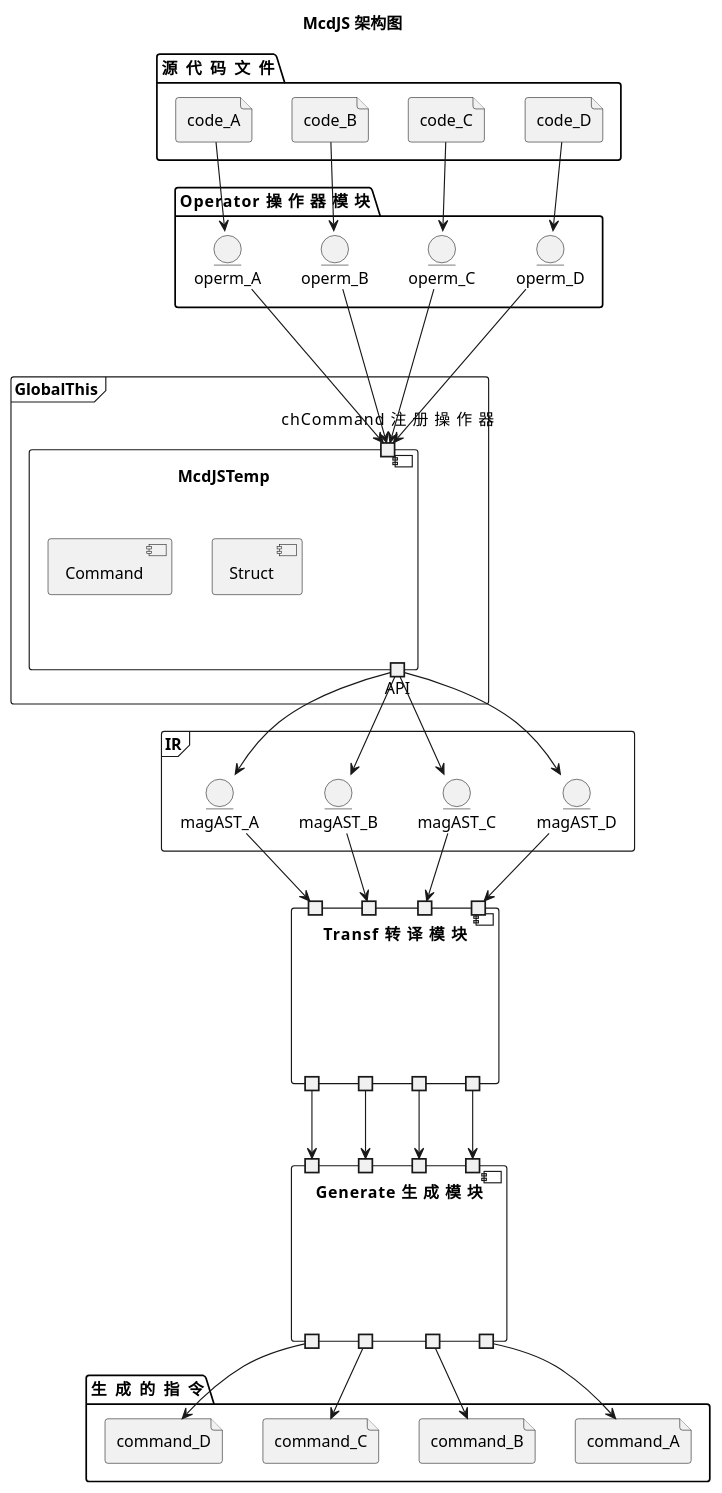
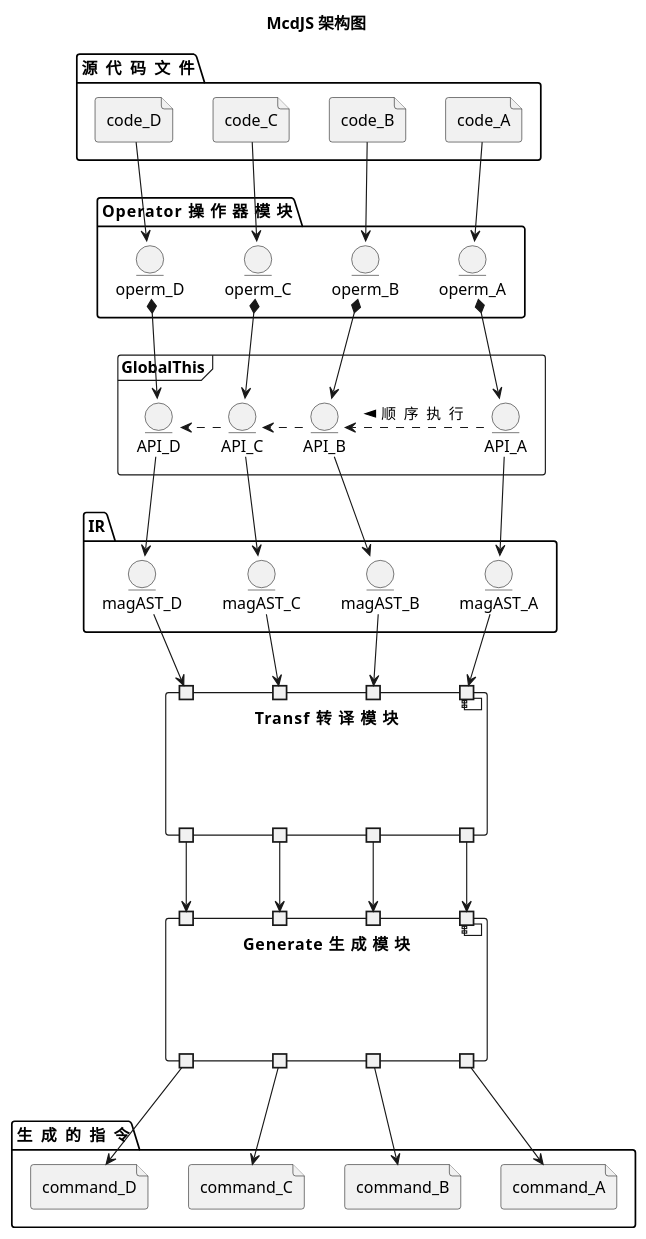
The diagram in packages/mcdjs/lib/arch.puml (n9gc/mcdjs), drawn with PlantUML before and after one commit. The commit also changed 23 other files, not shown here.

```diff
--- a/packages/mcdjs/lib/arch.puml
+++ b/packages/mcdjs/lib/arch.puml
@@ -1,79 +1,80 @@
 @startuml
 title "McdJS 架构图"
 folder "源  代  码  文  件" {
 	file code_D
 	file code_C
 	file code_B
 	file code_A
 }
 package "Operator 操  作  器  模  块" {
 	entity operm_D
 	entity operm_C
 	entity operm_B
 	entity operm_A
 }
 code_D --> operm_D
 code_C --> operm_C
 code_B --> operm_B
 code_A --> operm_A
 frame GlobalThis {
-	component "McdJSTemp" {
-		component Struct
-		component Command
-		portin "chCommand 注  册  操  作  器" as chCommand
-		portout API
-	}
+	entity API_D
+	entity API_C
+	entity API_B
+	entity API_A
+	API_C .> API_D
+	API_B .> API_C
+	API_A .> API_B : 顺  序  执  行 >
 }
-operm_D ---> chCommand
-operm_C ---> chCommand
-operm_B ---> chCommand
-operm_A ---> chCommand
-frame IR {
+operm_D *--> API_D
+operm_C *--> API_C
+operm_B *--> API_B
+operm_A *--> API_A
+package IR {
 	entity magAST_D
 	entity magAST_C
 	entity magAST_B
 	entity magAST_A
 }
-API --> magAST_D
-API --> magAST_C
-API --> magAST_B
-API --> magAST_A
+API_D --> magAST_D
+API_C --> magAST_C
+API_B --> magAST_B
+API_A --> magAST_A
 component "Transf 转  译  模  块" {
 	portin " " as TrasfIn_D
 	portin " " as TrasfIn_C
 	portin " " as TrasfIn_B
 	portin " " as TrasfIn_A
 	portout " " as TrasfOut_D
 	portout " " as TrasfOut_C
 	portout " " as TrasfOut_B
 	portout " " as TrasfOut_A
 }
 magAST_D --> TrasfIn_D
 magAST_C --> TrasfIn_C
 magAST_B --> TrasfIn_B
 magAST_A --> TrasfIn_A
 component "Generate 生  成  模  块" {
 	portin " " as GenerateIn_D
 	portin " " as GenerateIn_C
 	portin " " as GenerateIn_B
 	portin " " as GenerateIn_A
 	portout " " as GenerateOut_D
 	portout " " as GenerateOut_C
 	portout " " as GenerateOut_B
 	portout " " as GenerateOut_A
 }
 TrasfOut_D --> GenerateIn_D
 TrasfOut_C --> GenerateIn_C
 TrasfOut_B --> GenerateIn_B
 TrasfOut_A --> GenerateIn_A
 folder "生  成  的  指  令" {
 	file command_D
 	file command_C
 	file command_B
 	file command_A
 }
 GenerateOut_D --> command_D
 GenerateOut_C --> command_C
 GenerateOut_B --> command_B
 GenerateOut_A --> command_A
 @enduml
```
